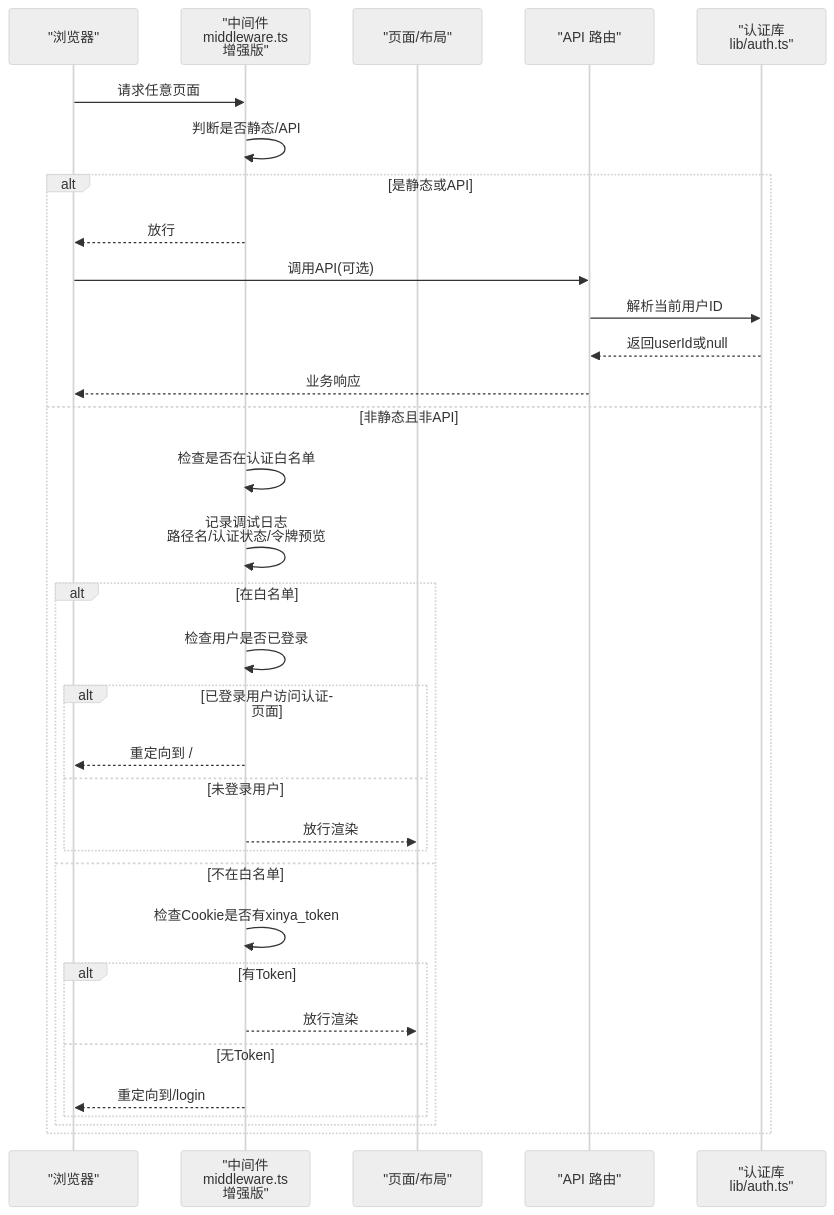
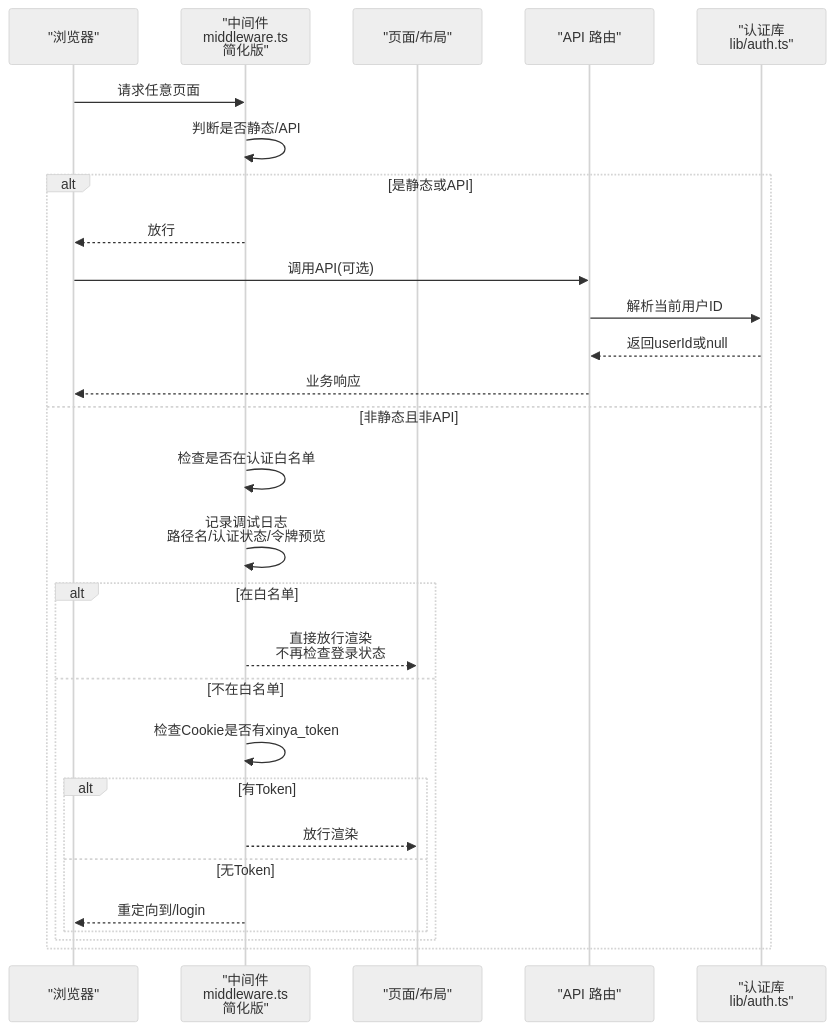
The second of 7 diagrams in .qoder/repowiki/zh/content/用户认证系统/认证中间件.md (kangkang919/xinya), drawn with Mermaid (neutral theme) before and after one commit. The commit also changed other lines of this file and 37 other files, not shown here.

````diff
--- a/.qoder/repowiki/zh/content/用户认证系统/认证中间件.md
+++ b/.qoder/repowiki/zh/content/用户认证系统/认证中间件.md
@@ -106,35 +104,30 @@
 ```mermaid
 sequenceDiagram
 participant B as "浏览器"
-participant M as "中间件<br/>middleware.ts<br/>增强版"
+participant M as "中间件<br/>middleware.ts<br/>简化版"
 participant P as "页面/布局"
 participant A as "API 路由"
 participant L as "认证库<br/>lib/auth.ts"
 B->>M : 请求任意页面
 M->>M : 判断是否静态/API
 alt 是静态或API
 M-->>B : 放行
 B->>A : 调用API(可选)
 A->>L : 解析当前用户ID
 L-->>A : 返回userId或null
 A-->>B : 业务响应
 else 非静态且非API
 M->>M : 检查是否在认证白名单
 M->>M : 记录调试日志<br/>路径名/认证状态/令牌预览
 alt 在白名单
-M->>M : 检查用户是否已登录
-alt 已登录用户访问认证页面
-M-->>B : 重定向到 /
-else 未登录用户
-M-->>P : 放行渲染
-end
+M-->>P : 直接放行渲染<br/>不再检查登录状态
 else 不在白名单
 M->>M : 检查Cookie是否有xinya_token
 alt 有Token
 M-->>P : 放行渲染
 else 无Token
 M-->>B : 重定向到/login
 end
 end
 end
 ```
````
